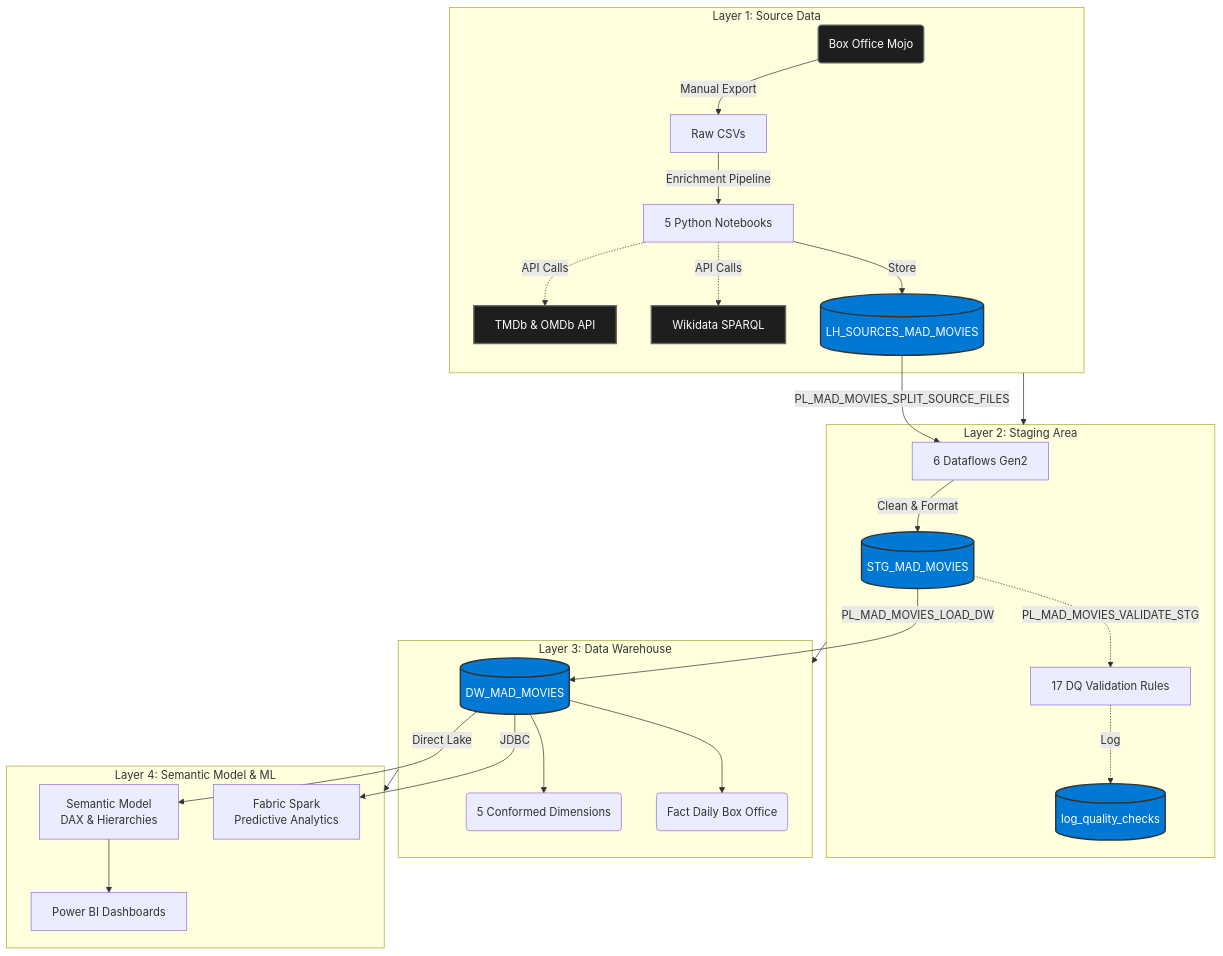
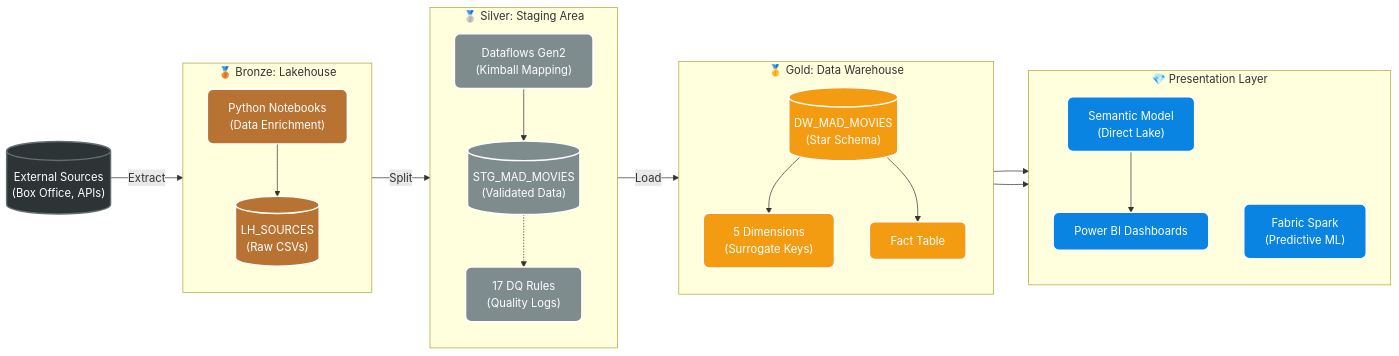
The first of 3 diagrams in README.md (diogovasconcelosmerca/movie-venture-bi), drawn with Mermaid before and after one commit.

Commit message:
docs: improve mermaid diagram readability and aesthetics

````diff
--- a/README.md
+++ b/README.md
@@ -156,45 +156,50 @@
 ```mermaid
-flowchart TD
-    %% Styling
-    classDef bronze fill:#cd7f32,stroke:#333,stroke-width:2px,color:#fff;
-    classDef silver fill:#c0c0c0,stroke:#333,stroke-width:2px,color:#000;
-    classDef gold fill:#ffd700,stroke:#333,stroke-width:2px,color:#000;
-    classDef external fill:#1e1e1e,stroke:#666,stroke-width:2px,color:#fff;
-    classDef db fill:#0078D4,stroke:#333,stroke-width:2px,color:#fff;
+flowchart LR
+    %% Aesthetics
+    classDef ext fill:#2d3436,stroke:#636e72,color:#fff,stroke-width:2px,rx:8px,ry:8px;
+    classDef bronze fill:#b87333,stroke:#fff,color:#fff,stroke-width:2px,rx:8px,ry:8px;
+    classDef silver fill:#7f8c8d,stroke:#fff,color:#fff,stroke-width:2px,rx:8px,ry:8px;
+    classDef gold fill:#f39c12,stroke:#fff,color:#fff,stroke-width:2px,rx:8px,ry:8px;
+    classDef present fill:#0984e3,stroke:#fff,color:#fff,stroke-width:2px,rx:8px,ry:8px;
 
-    %% Source Data
-    subgraph BronzeLayer [Layer 1: Source Data]
-        B_Mojo(Box Office Mojo):::external -->|Manual Export| B_CSV[Raw CSVs]
-        B_CSV -->|Enrichment Pipeline| B_Py[5 Python Notebooks]
-        B_Py -.->|API Calls| TMDb[TMDb & OMDb API]:::external
-        B_Py -.->|API Calls| Wiki[Wikidata SPARQL]:::external
-        B_Py -->|Store| LH[(LH_SOURCES_MAD_MOVIES)]:::db
+    Sources[("External Sources\n(Box Office, APIs)")]:::ext
+
+    subgraph L1 [🥉 Bronze: Lakehouse]
+        direction TB
+        NB["Python Notebooks\n(Data Enrichment)"]:::bronze
+        LH[("LH_SOURCES\n(Raw CSVs)")]:::bronze
+        NB --> LH
     end
 
-    %% Staging Area
-    subgraph SilverLayer [Layer 2: Staging Area]
-        LH -->|PL_MAD_MOVIES_SPLIT_SOURCE_FILES| S_DF[6 Dataflows Gen2]
-        S_DF -->|Clean & Format| STG[(STG_MAD_MOVIES)]:::db
-        STG -.->|PL_MAD_MOVIES_VALIDATE_STG| DQ[17 DQ Validation Rules]
-        DQ -.->|Log| LogDB[(log_quality_checks)]:::db
+    subgraph L2 [🥈 Silver: Staging Area]
+        direction TB
+        DF["Dataflows Gen2\n(Kimball Mapping)"]:::silver
+        STG[("STG_MAD_MOVIES\n(Validated Data)")]:::silver
+        DQ["17 DQ Rules\n(Quality Logs)"]:::silver
+        DF --> STG
+        STG -.-> DQ
     end
 
-    %% Data Warehouse
-    subgraph GoldLayer [Layer 3: Data Warehouse]
-        STG -->|PL_MAD_MOVIES_LOAD_DW| DW[(DW_MAD_MOVIES)]:::db
-        DW --> Dims(5 Conformed Dimensions)
-        DW --> Fact(Fact Daily Box Office)
+    subgraph L3 [🥇 Gold: Data Warehouse]
+        direction TB
+        DW[("DW_MAD_MOVIES\n(Star Schema)")]:::gold
+        Dims["5 Dimensions\n(Surrogate Keys)"]:::gold
+        Fact["Fact Table"]:::gold
+        DW --> Dims
+        DW --> Fact
     end
 
-    %% Semantic Model & Analytics
-    subgraph PresentationLayer [Layer 4: Semantic Model & ML]
-        DW -->|Direct Lake| SM[Semantic Model\nDAX & Hierarchies]
-        DW -->|JDBC| ML[Fabric Spark\nPredictive Analytics]
-        SM --> PBI[Power BI Dashboards]
+    subgraph L4 [💎 Presentation Layer]
+        direction TB
+        SM["Semantic Model\n(Direct Lake)"]:::present
+        ML["Fabric Spark\n(Predictive ML)"]:::present
+        PBI["Power BI Dashboards"]:::present
+        SM --> PBI
     end
 
-    %% Connections between layers
-    BronzeLayer --> SilverLayer
-    SilverLayer --> GoldLayer
-    GoldLayer --> PresentationLayer
+    Sources -->|Extract| NB
+    LH -->|Split| DF
+    STG -->|Load| DW
+    DW --> SM
+    DW --> ML
 ```
````
